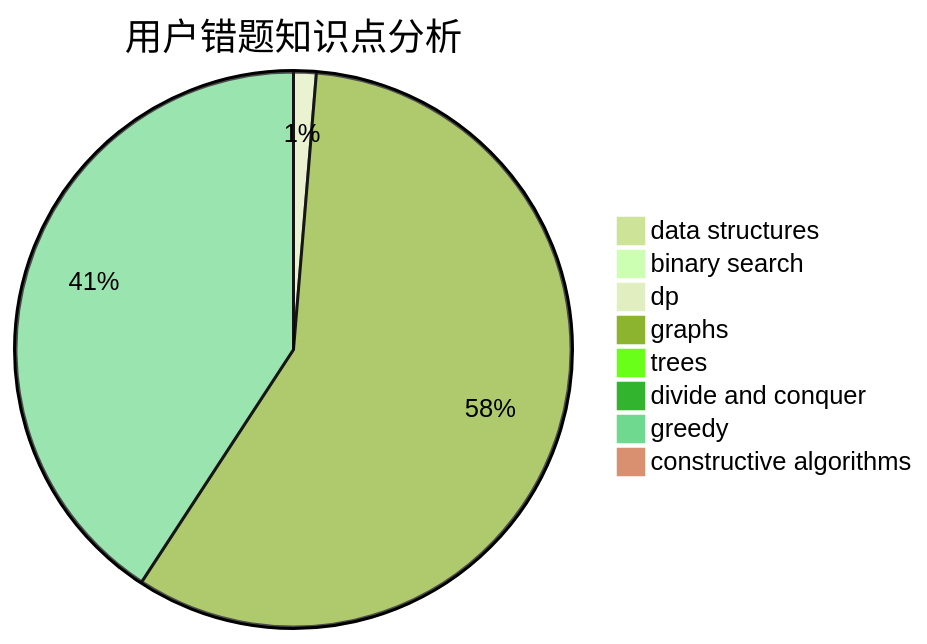
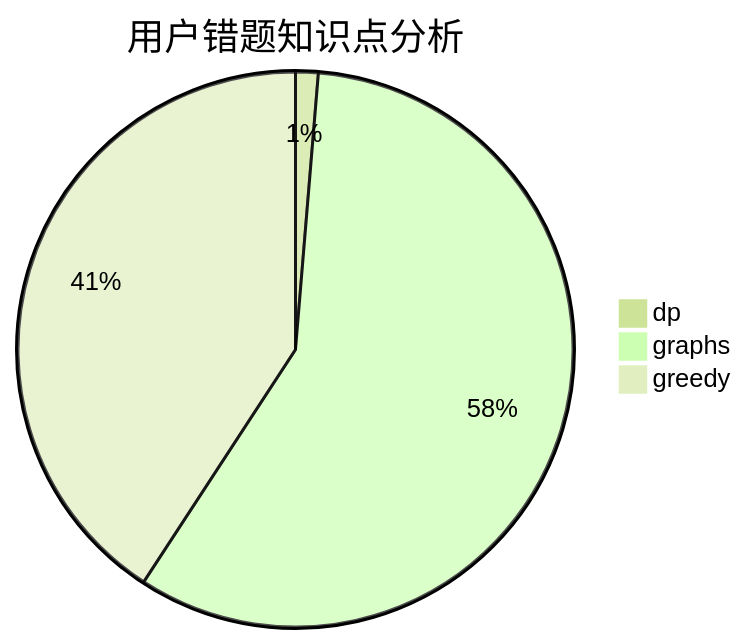
The third of 3 diagrams in docs/user/u1540.md (sherpahu/cfrs.github.io), drawn with Mermaid (forest theme) before and after one commit. The commit also changed other lines of this file and 2770 other files, not shown here.

````diff
--- a/docs/user/u1540.md
+++ b/docs/user/u1540.md
@@ -31,11 +29,6 @@
 ```mermaid
 pie title 用户错题知识点分析
-    "data structures" :  0
-    "binary search" :  0
     "dp" :  1
     "graphs" :  44
-    "trees" :  0
-    "divide and conquer" :  0
     "greedy" :  31
-    "constructive algorithms" :  0
 ```
````
